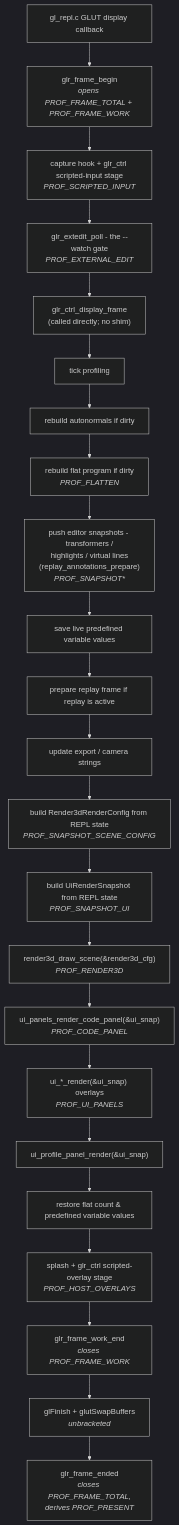
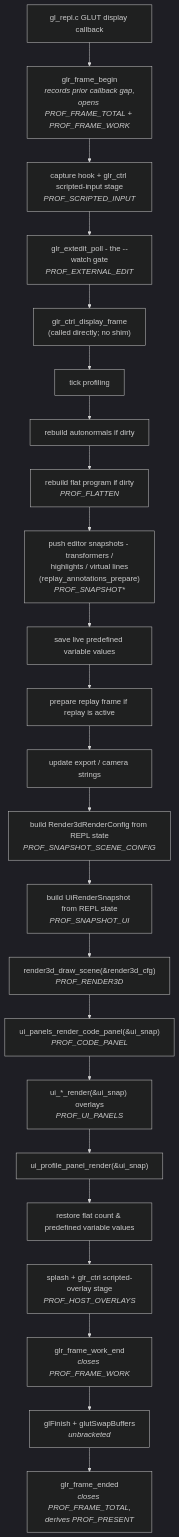
One commit to drewwoods/gl-repl changed the first of 2 diagrams in docs/ARCHITECTURE.md. Above: the diagram before and after it, drawn with Mermaid (dark theme). The commit also changed other lines of this file and 19 other files, not shown here.

````diff
--- a/docs/ARCHITECTURE.md
+++ b/docs/ARCHITECTURE.md
@@ -133,25 +133,25 @@
 ```mermaid
 flowchart TD
-    cb["gl_repl.c GLUT display callback"] --> fb["glr_frame_begin<br/><i>opens PROF_FRAME_TOTAL + PROF_FRAME_WORK</i>"]
+    cb["gl_repl.c GLUT display callback"] --> fb["glr_frame_begin<br/><i>records prior callback gap,<br/>opens PROF_FRAME_TOTAL + PROF_FRAME_WORK</i>"]
     fb --> si["capture hook + glr_ctrl scripted-input stage<br/><i>PROF_SCRIPTED_INPUT</i>"]
     si --> we["glr_extedit_poll - the --watch gate<br/><i>PROF_EXTERNAL_EDIT</i>"]
     we --> frame["glr_ctrl_display_frame<br/>(called directly; no shim)"]
     frame --> s1["tick profiling"]
     s1 --> s2["rebuild autonormals if dirty"]
     s2 --> s3["rebuild flat program if dirty<br/><i>PROF_FLATTEN</i>"]
     s3 --> s4["push editor snapshots - transformers /<br/>highlights / virtual lines<br/>(replay_annotations_prepare)<br/><i>PROF_SNAPSHOT*</i>"]
     s4 --> s5["save live predefined variable values"]
     s5 --> s6["prepare replay frame if replay is active"]
     s6 --> s7["update export / camera strings"]
     s7 --> s8["build Render3dRenderConfig from REPL state<br/><i>PROF_SNAPSHOT_SCENE_CONFIG</i>"]
     s8 --> s9["build UiRenderSnapshot from REPL state<br/><i>PROF_SNAPSHOT_UI</i>"]
     s9 --> s10["render3d_draw_scene(&render3d_cfg)<br/><i>PROF_RENDER3D</i>"]
     s10 --> s11["ui_panels_render_code_panel(&ui_snap)<br/><i>PROF_CODE_PANEL</i>"]
     s11 --> s12["ui_*_render(&ui_snap) overlays<br/><i>PROF_UI_PANELS</i>"]
     s12 --> s13["ui_profile_panel_render(&ui_snap)"]
     s13 --> s14["restore flat count & predefined variable values"]
     s14 --> h1["splash + glr_ctrl scripted-overlay stage<br/><i>PROF_HOST_OVERLAYS</i>"]
     h1 --> fe["glr_frame_work_end<br/><i>closes PROF_FRAME_WORK</i>"]
     fe --> h2["glFinish + glutSwapBuffers<br/><i>unbracketed</i>"]
     h2 --> fx["glr_frame_ended<br/><i>closes PROF_FRAME_TOTAL,<br/>derives PROF_PRESENT</i>"]
 ```
````
